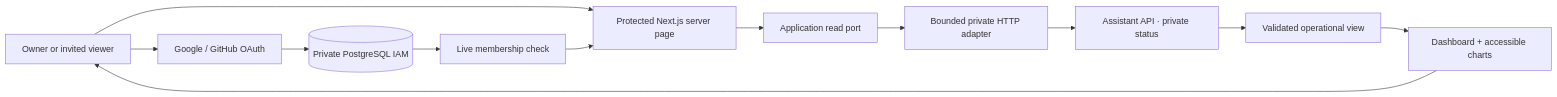
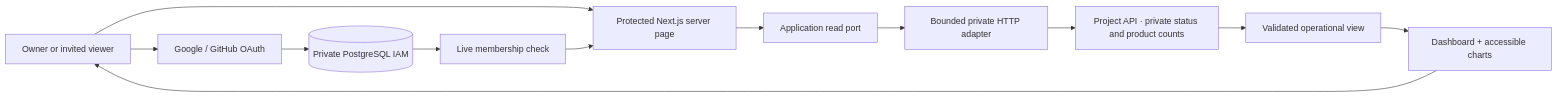
Before and after one commit to gonzalomartinperez/portfolio-assistant-backoffice: the first of 2 diagrams in README.md, drawn with Mermaid. The commit also changed other lines of this file and 26 other files, not shown here.

````diff
--- a/README.md
+++ b/README.md
@@ -102,14 +104,14 @@
 ```mermaid
 flowchart LR
     U[Owner or invited viewer] --> AUTH[Google / GitHub OAuth]
     AUTH --> IAM[(Private PostgreSQL IAM)]
     U --> PAGE[Protected Next.js server page]
     IAM --> GUARD[Live membership check]
     GUARD --> PAGE
     PAGE --> READ[Application read port]
     READ --> HTTP[Bounded private HTTP adapter]
-    HTTP --> API[Assistant API · private status]
+    HTTP --> API[Project API · private status and product counts]
     API --> VIEW[Validated operational view]
     VIEW --> UI[Dashboard + accessible charts]
     UI --> U
 ```
````
